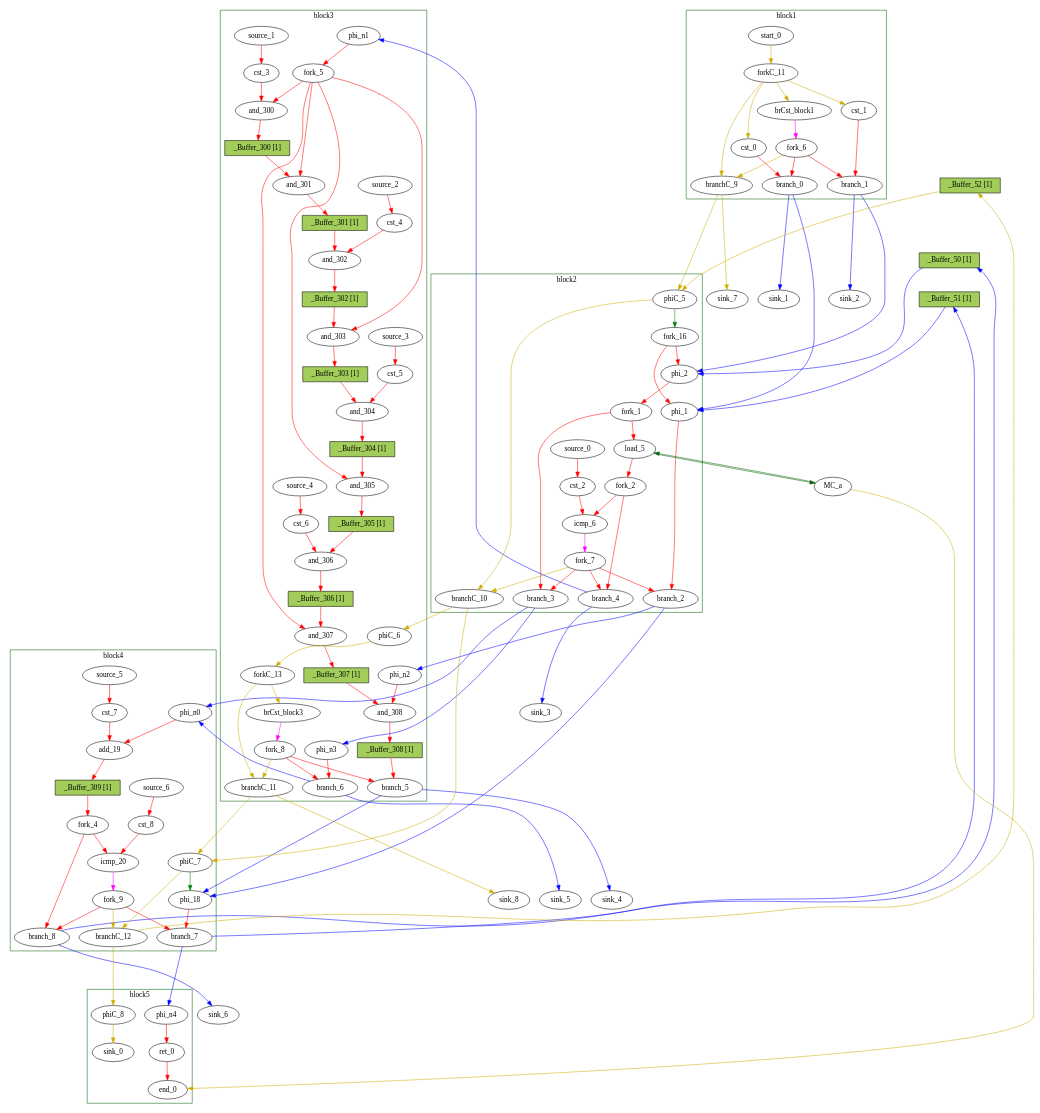
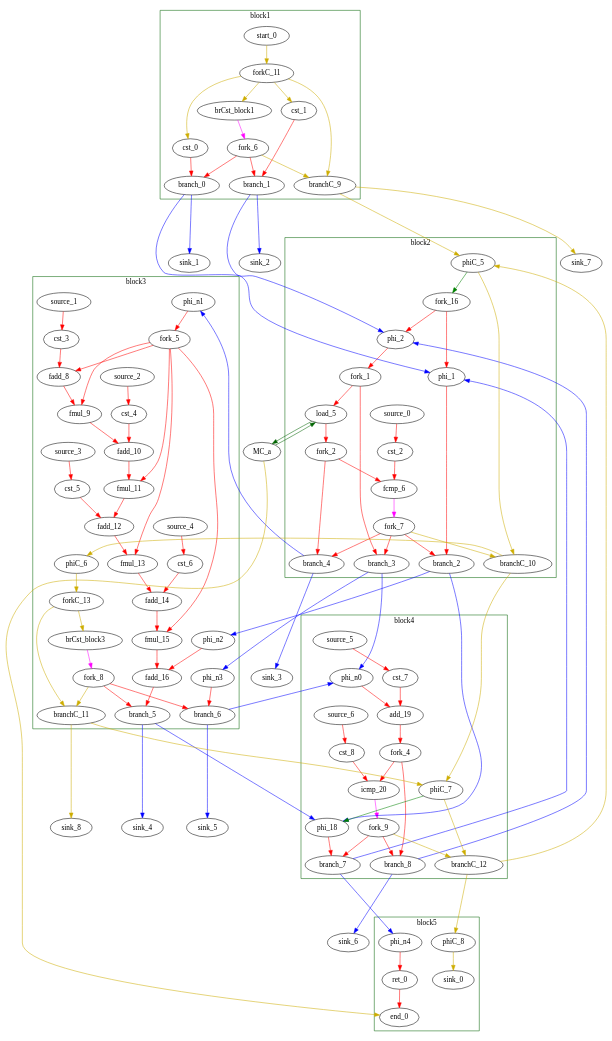
The diagram in Examples/gsum/gsum.dot (Nozidoali/MapBuf), drawn with Graphviz before and after one commit. The commit also changed other lines of this file, not shown here.

Commit message:
start from the original DOT files from dynamatic

```diff
--- a/Examples/gsum/gsum.dot
+++ b/Examples/gsum/gsum.dot
@@ -1,37 +1,27 @@
 Digraph G {
 	splines=spline;
 //DHLS version: 0.1.1" [shape = "none" pos = "20,20!"]
-"_Buffer_309" [type=Buffer, in="in1:32", out="out1:32", bbID = 3, slots=1, transparent=false, label="_Buffer_309 [1]",  shape=box, style=filled, fillcolor=darkolivegreen3, height = 0.4];
 		"brCst_block1" [type = "Constant", bbID= 1, in = "in1:1", out = "out1:1", value = "0x1"];
 		"cst_0" [type = "Constant", bbID= 1, in = "in1:32", out = "out1:32", value = "0x00000000"];
 		"phi_1" [type = "Mux", bbID= 2, in = "in1?:1 in2:32 in3:32 ", out = "out1:32", delay=1.397];
 		"cst_1" [type = "Constant", bbID= 1, in = "in1:1", out = "out1:1", value = "0x00000000"];
 		"phi_2" [type = "Mux", bbID= 2, in = "in1?:1 in2:10 in3:10 ", out = "out1:10", delay=1.397];
-		"load_5" [type = "Operator", bbID= 2, op = "mc_load_op", bbID= 2, portId= 0, in = "in1:32 in2:10 ", out = "out1:32 out2:10 ", delay=1.412, latency=0, II=1];
+		"load_5" [type = "Operator", bbID= 2, op = "mc_load_op", bbID= 2, portId= 0, in = "in1:32 in2:10 ", out = "out1:32 out2:10 ", delay=1.412, latency=2, II=1];
 		"cst_2" [type = "Constant", bbID= 2, in = "in1:32", out = "out1:32", value = "0x00000000"];
-		"icmp_6" [type = "Operator", bbID= 2, op = "icmp_ult_op", in = "in1:32 in2:32 ", out = "out1:1 ", delay=1.895, latency=0, II=1];
+		"fcmp_6" [type = "Operator", bbID= 2, op = "fcmp_ult_op", in = "in1:32 in2:32 ", out = "out1:1 ", delay=1.895, latency=2, II=1];
 		"cst_3" [type = "Constant", bbID= 3, in = "in1:32", out = "out1:32", value = "0x3F23D70A"];
-"and_300" [type=Operator, in="in1:32 in2:32", out="out1:32", op = "and_op", bbID = 3, retimingDiff=0.6,  shape=oval];
-"_Buffer_300" [type=Buffer, in="in1:32", out="out1:32", bbID = 3, slots=1, transparent=false, label="_Buffer_300 [1]",  shape=box, style=filled, fillcolor=darkolivegreen3, height = 0.4];
-"and_301" [type=Operator, in="in1:32 in2:32", out="out1:32", op = "and_op", bbID = 3, retimingDiff=0.6,  shape=oval];
-"_Buffer_301" [type=Buffer, in="in1:32", out="out1:32", bbID = 3, slots=1, transparent=false, label="_Buffer_301 [1]",  shape=box, style=filled, fillcolor=darkolivegreen3, height = 0.4];
+		"fadd_8" [type = "Operator", bbID= 3, op = "fadd_op", in = "in1:32 in2:32 ", out = "out1:32 ", delay=0.000, latency=10, II=1];
+		"fmul_9" [type = "Operator", bbID= 3, op = "fmul_op", in = "in1:32 in2:32 ", out = "out1:32 ", delay=0.000, latency=6, II=1];
 		"cst_4" [type = "Constant", bbID= 3, in = "in1:32", out = "out1:32", value = "0x3F333333"];
-"and_302" [type=Operator, in="in1:32 in2:32", out="out1:32", op = "and_op", bbID = 3, retimingDiff=0.6,  shape=oval];
-"_Buffer_302" [type=Buffer, in="in1:32", out="out1:32", bbID = 3, slots=1, transparent=false, label="_Buffer_302 [1]",  shape=box, style=filled, fillcolor=darkolivegreen3, height = 0.4];
-"and_303" [type=Operator, in="in1:32 in2:32", out="out1:32", op = "and_op", bbID = 3, retimingDiff=0.6,  shape=oval];
-"_Buffer_303" [type=Buffer, in="in1:32", out="out1:32", bbID = 3, slots=1, transparent=false, label="_Buffer_303 [1]",  shape=box, style=filled, fillcolor=darkolivegreen3, height = 0.4];
+		"fadd_10" [type = "Operator", bbID= 3, op = "fadd_op", in = "in1:32 in2:32 ", out = "out1:32 ", delay=0.000, latency=10, II=1];
+		"fmul_11" [type = "Operator", bbID= 3, op = "fmul_op", in = "in1:32 in2:32 ", out = "out1:32 ", delay=0.000, latency=6, II=1];
 		"cst_5" [type = "Constant", bbID= 3, in = "in1:32", out = "out1:32", value = "0x3E570A3D"];
-"and_304" [type=Operator, in="in1:32 in2:32", out="out1:32", op = "and_op", bbID = 3, retimingDiff=0.6,  shape=oval];
-"_Buffer_304" [type=Buffer, in="in1:32", out="out1:32", bbID = 3, slots=1, transparent=false, label="_Buffer_304 [1]",  shape=box, style=filled, fillcolor=darkolivegreen3, height = 0.4];
-"and_305" [type=Operator, in="in1:32 in2:32", out="out1:32", op = "and_op", bbID = 3, retimingDiff=0.6,  shape=oval];
-"_Buffer_305" [type=Buffer, in="in1:32", out="out1:32", bbID = 3, slots=1, transparent=false, label="_Buffer_305 [1]",  shape=box, style=filled, fillcolor=darkolivegreen3, height = 0.4];
+		"fadd_12" [type = "Operator", bbID= 3, op = "fadd_op", in = "in1:32 in2:32 ", out = "out1:32 ", delay=0.000, latency=10, II=1];
+		"fmul_13" [type = "Operator", bbID= 3, op = "fmul_op", in = "in1:32 in2:32 ", out = "out1:32 ", delay=0.000, latency=6, II=1];
 		"cst_6" [type = "Constant", bbID= 3, in = "in1:32", out = "out1:32", value = "0x3EA8F5C3"];
-"and_306" [type=Operator, in="in1:32 in2:32", out="out1:32", op = "and_op", bbID = 3, retimingDiff=0.6,  shape=oval];
-"_Buffer_306" [type=Buffer, in="in1:32", out="out1:32", bbID = 3, slots=1, transparent=false, label="_Buffer_306 [1]",  shape=box, style=filled, fillcolor=darkolivegreen3, height = 0.4];
-"and_307" [type=Operator, in="in1:32 in2:32", out="out1:32", op = "and_op", bbID = 3, retimingDiff=0.6,  shape=oval];
-"_Buffer_307" [type=Buffer, in="in1:32", out="out1:32", bbID = 3, slots=1, transparent=false, label="_Buffer_307 [1]",  shape=box, style=filled, fillcolor=darkolivegreen3, height = 0.4];
-"and_308" [type=Operator, in="in1:32 in2:32", out="out1:32", op = "and_op", bbID = 3, retimingDiff=0.6,  shape=oval];
-"_Buffer_308" [type=Buffer, in="in1:32", out="out1:32", bbID = 3, slots=1, transparent=false, label="_Buffer_308 [1]",  shape=box, style=filled, fillcolor=darkolivegreen3, height = 0.4];
+		"fadd_14" [type = "Operator", bbID= 3, op = "fadd_op", in = "in1:32 in2:32 ", out = "out1:32 ", delay=0.000, latency=10, II=1];
+		"fmul_15" [type = "Operator", bbID= 3, op = "fmul_op", in = "in1:32 in2:32 ", out = "out1:32 ", delay=0.000, latency=6, II=1];
+		"fadd_16" [type = "Operator", bbID= 3, op = "fadd_op", in = "in1:32 in2:32 ", out = "out1:32 ", delay=0.000, latency=10, II=1];
 		"brCst_block3" [type = "Constant", bbID= 3, in = "in1:1", out = "out1:1", value = "0x1"];
 		"phi_18" [type = "Mux", bbID= 4, in = "in1?:1 in2:32 in3:32 ", out = "out1:32", delay=1.397];
 		"cst_7" [type = "Constant", bbID= 4, in = "in1:1", out = "out1:1", value = "0x00000001"];
@@ -66,14 +56,14 @@
 		"start_0" [type = "Entry", control= "true", bbID= 1, in = "in1:0", out = "out1:0"];
 		"forkC_11" [type = "Fork", bbID= 1, in = "in1:0", out = "out1:0 out2:0 out3:0 out4:0 "];
 		"branchC_9" [type = "Branch", bbID= 1,  in = "in1:0 in2?:1", out = "out1+:0 out2-:0"];
-		"phiC_5" [type = "CntrlMerge", bbID= 2, in = "in1:0 in2:0 ", out = "out1:0 out2?:1", delay=1.412];
+		"phiC_5" [type = "CntrlMerge", bbID= 2, in = "in1:0 in2:0 ", out = "out1:0 out2?:1", delay=0.000];
 		"branchC_10" [type = "Branch", bbID= 2,  in = "in1:0 in2?:1", out = "out1+:0 out2-:0"];
-		"phiC_6" [type = "Merge", bbID= 3, in = "in1:0 ", out = "out1:0", delay=1.412];
+		"phiC_6" [type = "Merge", bbID= 3, in = "in1:0 ", out = "out1:0", delay=0.000];
 		"forkC_13" [type = "Fork", bbID= 3, in = "in1:0", out = "out1:0 out2:0 "];
 		"branchC_11" [type = "Branch", bbID= 3,  in = "in1:0 in2?:1", out = "out1+:0 out2-:0"];
-		"phiC_7" [type = "CntrlMerge", bbID= 4, in = "in1:0 in2:0 ", out = "out1:0 out2?:1", delay=1.412];
+		"phiC_7" [type = "CntrlMerge", bbID= 4, in = "in1:0 in2:0 ", out = "out1:0 out2?:1", delay=0.000];
 		"branchC_12" [type = "Branch", bbID= 4,  in = "in1:0 in2?:1", out = "out1+:0 out2-:0"];
-		"phiC_8" [type = "Merge", bbID= 5, in = "in1:0 ", out = "out1:0", delay=1.412];
+		"phiC_8" [type = "Merge", bbID= 5, in = "in1:0 ", out = "out1:0", delay=0.000];
 		"sink_0" [type = "Sink", bbID= 0, in = "in1:0"];
 		"sink_1" [type = "Sink", bbID= 0, in = "in1:32"];
 		"sink_2" [type = "Sink", bbID= 0, in = "in1:1"];
@@ -91,9 +81,9 @@
 		"source_5" [type = "Source", bbID= 4, out = "out1:1"];
 		"source_6" [type = "Source", bbID= 4, out = "out1:10"];
 		"fork_16" [type = "Fork", bbID= 2, in = "in1:1", out = "out1:1 out2:1 "];
-	"_Buffer_50" [type=Buffer, in="in1:10", out="out1:10", bbID = 3, slots=1, transparent=false, label="_Buffer_50 [1]",  shape=box, style=filled, fillcolor=darkolivegreen3, height = 0.4];
-	"_Buffer_51" [type=Buffer, in="in1:32", out="out1:32", bbID = 3, slots=1, transparent=false, label="_Buffer_51 [1]",  shape=box, style=filled, fillcolor=darkolivegreen3, height = 0.4];
-	"_Buffer_52" [type=Buffer, in="in1:1", out="out1:1", bbID = 3, slots=1, transparent=false, label="_Buffer_52 [1]",  shape=box, style=filled, fillcolor=darkolivegreen3, height = 0.4];
+		"load_5" -> "MC_a" [color = "darkgreen", mem_address = "true", from = "out2", to = "in1"];
+		"MC_a" -> "load_5" [color = "darkgreen", mem_address = "false", from = "out1", to = "in1"];
+		"MC_a" -> "end_0" [color = "gold3", from = "out2", to = "in1"];
 	subgraph cluster_0 {
 	color = "darkgreen";
 		label = "block1";
@@ -121,11 +111,11 @@
 		"phi_1" -> "branch_2" [color = "red", from = "out1", to = "in1"];
 		"phi_2" -> "fork_1" [color = "red", from = "out1", to = "in1"];
 		"load_5" -> "fork_2" [color = "red", from = "out1", to = "in1"];
-		"cst_2" -> "icmp_6" [color = "red", from = "out1", to = "in2"];
-		"icmp_6" -> "fork_7" [color = "magenta", from = "out1", to = "in1"];
+		"cst_2" -> "fcmp_6" [color = "red", from = "out1", to = "in2"];
+		"fcmp_6" -> "fork_7" [color = "magenta", from = "out1", to = "in1"];
 		"fork_1" -> "load_5" [color = "red", from = "out1", to = "in2"];
 		"fork_1" -> "branch_3" [color = "red", from = "out2", to = "in1"];
-		"fork_2" -> "icmp_6" [color = "red", from = "out1", to = "in1"];
+		"fork_2" -> "fcmp_6" [color = "red", from = "out1", to = "in1"];
 		"fork_2" -> "branch_4" [color = "red", from = "out2", to = "in1"];
 		"fork_7" -> "branch_4" [color = "red", from = "out1", to = "in2"];
 		"fork_7" -> "branch_3" [color = "red", from = "out2", to = "in2"];
@@ -148,37 +138,28 @@
 	subgraph cluster_2 {
 	color = "darkgreen";
 		label = "block3";
-		"cst_3" -> "and_300" [color = "red", from = "out1", to = "in2"];
-		"and_300" -> "_Buffer_300" [color = "red", from = "out1", to = "in1"];
-		"_Buffer_300" -> "and_301" [color = "red", from = "out1", to = "in1"];
-		"and_301" -> "_Buffer_301" [color = "red", from = "out1", to = "in1"];
-		"_Buffer_301" -> "and_302" [color = "red", from = "out1", to = "in1"];
-		"cst_4" -> "and_302" [color = "red", from = "out1", to = "in2"];
-		"and_302" -> "_Buffer_302" [color = "red", from = "out1", to = "in1"];
-		"_Buffer_302" -> "and_303" [color = "red", from = "out1", to = "in1"];
-		"and_303" -> "_Buffer_303" [color = "red", from = "out1", to = "in1"];
-		"_Buffer_303" -> "and_304" [color = "red", from = "out1", to = "in1"];
-		"cst_5" -> "and_304" [color = "red", from = "out1", to = "in2"];
-		"and_304" -> "_Buffer_304" [color = "red", from = "out1", to = "in1"];
-		"_Buffer_304" -> "and_305" [color = "red", from = "out1", to = "in1"];
-		"and_305" -> "_Buffer_305" [color = "red", from = "out1", to = "in1"];
-		"_Buffer_305" -> "and_306" [color = "red", from = "out1", to = "in1"];
-		"cst_6" -> "and_306" [color = "red", from = "out1", to = "in2"];
-		"and_306" -> "_Buffer_306" [color = "red", from = "out1", to = "in1"];
-		"_Buffer_306" -> "and_307" [color = "red", from = "out1", to = "in1"];
-		"and_307" -> "_Buffer_307" [color = "red", from = "out1", to = "in1"];
-		"_Buffer_307" -> "and_308" [color = "red", from = "out1", to = "in2"];
-		"and_308" -> "_Buffer_308" [color = "red", from = "out1", to = "in1"];
-		"_Buffer_308" -> "branch_5" [color = "red", from = "out1", to = "in1"];
+		"cst_3" -> "fadd_8" [color = "red", from = "out1", to = "in2"];
+		"fadd_8" -> "fmul_9" [color = "red", from = "out1", to = "in1"];
+		"fmul_9" -> "fadd_10" [color = "red", from = "out1", to = "in1"];
+		"cst_4" -> "fadd_10" [color = "red", from = "out1", to = "in2"];
+		"fadd_10" -> "fmul_11" [color = "red", from = "out1", to = "in1"];
+		"fmul_11" -> "fadd_12" [color = "red", from = "out1", to = "in1"];
+		"cst_5" -> "fadd_12" [color = "red", from = "out1", to = "in2"];
+		"fadd_12" -> "fmul_13" [color = "red", from = "out1", to = "in1"];
+		"fmul_13" -> "fadd_14" [color = "red", from = "out1", to = "in1"];
+		"cst_6" -> "fadd_14" [color = "red", from = "out1", to = "in2"];
+		"fadd_14" -> "fmul_15" [color = "red", from = "out1", to = "in1"];
+		"fmul_15" -> "fadd_16" [color = "red", from = "out1", to = "in2"];
+		"fadd_16" -> "branch_5" [color = "red", from = "out1", to = "in1"];
 		"brCst_block3" -> "fork_8" [color = "magenta", from = "out1", to = "in1"];
 		"phi_n1" -> "fork_5" [color = "red", from = "out1", to = "in1"];
-		"phi_n2" -> "and_308" [color = "red", from = "out1", to = "in1"];
+		"phi_n2" -> "fadd_16" [color = "red", from = "out1", to = "in1"];
 		"phi_n3" -> "branch_6" [color = "red", from = "out1", to = "in1"];
-		"fork_5" -> "and_300" [color = "red", from = "out1", to = "in1"];
-		"fork_5" -> "and_301" [color = "red", from = "out2", to = "in2"];
-		"fork_5" -> "and_303" [color = "red", from = "out3", to = "in2"];
-		"fork_5" -> "and_305" [color = "red", from = "out4", to = "in2"];
-		"fork_5" -> "and_307" [color = "red", from = "out5", to = "in2"];
+		"fork_5" -> "fadd_8" [color = "red", from = "out1", to = "in1"];
+		"fork_5" -> "fmul_9" [color = "red", from = "out2", to = "in2"];
+		"fork_5" -> "fmul_11" [color = "red", from = "out3", to = "in2"];
+		"fork_5" -> "fmul_13" [color = "red", from = "out4", to = "in2"];
+		"fork_5" -> "fmul_15" [color = "red", from = "out5", to = "in2"];
 		"fork_8" -> "branch_6" [color = "red", from = "out1", to = "in2"];
 		"fork_8" -> "branch_5" [color = "red", from = "out2", to = "in2"];
 		"fork_8" -> "branchC_11" [color = "gold3", from = "out3", to = "in2"];
@@ -201,8 +182,7 @@
 		label = "block4";
 		"phi_18" -> "branch_7" [color = "red", from = "out1", to = "in1"];
 		"cst_7" -> "add_19" [color = "red", from = "out1", to = "in2"];
-		"add_19" -> "_Buffer_309" [color = "red", from = "out1", to = "in1"];
-		"_Buffer_309" -> "fork_4" [color = "red", from = "out1", to = "in1"];
+		"add_19" -> "fork_4" [color = "red", from = "out1", to = "in1"];
 		"cst_8" -> "icmp_20" [color = "red", from = "out1", to = "in2"];
 		"icmp_20" -> "fork_9" [color = "magenta", from = "out1", to = "in1"];
 		"phi_n0" -> "add_19" [color = "red", from = "out1", to = "in1"];
@@ -216,14 +196,11 @@
 		"source_5" -> "cst_7" [color = "red", from = "out1", to = "in1"];
 		"source_6" -> "cst_8" [color = "red", from = "out1", to = "in1"];
 	}
-		"branch_7" -> "_Buffer_51" [color = "blue", minlen = 3, from = "out1", to = "in1"];
-		"_Buffer_51" -> "phi_1" [color = "blue", minlen = 3, from = "out1", to = "in3"];
+		"branch_7" -> "phi_1" [color = "blue", minlen = 3, from = "out1", to = "in3"];
 		"branch_7" -> "phi_n4" [color = "blue", minlen = 3, from = "out2", to = "in1"];
-		"branch_8" -> "_Buffer_50" [color = "blue", minlen = 3, from = "out1", to = "in1"];
-		"_Buffer_50" -> "phi_2" [color = "blue", minlen = 3, from = "out1", to = "in3"];
+		"branch_8" -> "phi_2" [color = "blue", minlen = 3, from = "out1", to = "in3"];
 		"branch_8" -> "sink_6" [color = "blue", minlen = 3, from = "out2", to = "in1"];
-		"branchC_12" -> "_Buffer_52" [color = "gold3", minlen = 3, from = "out1", to = "in1"];
-		"_Buffer_52" -> "phiC_5" [color = "gold3", minlen = 3, from = "out1", to = "in2"];
+		"branchC_12" -> "phiC_5" [color = "gold3", minlen = 3, from = "out1", to = "in2"];
 		"branchC_12" -> "phiC_8" [color = "gold3", minlen = 3, from = "out2", to = "in1"];
 	subgraph cluster_4 {
 	color = "darkgreen";
@@ -232,7 +209,4 @@
 		"phi_n4" -> "ret_0" [color = "red", from = "out1", to = "in1"];
 		"phiC_8" -> "sink_0" [color = "gold3", from = "out1", to = "in1"];
 	}
-		"load_5" -> "MC_a" [color = "darkgreen", mem_address = "true", from = "out2", to = "in1"];
-		"MC_a" -> "load_5" [color = "darkgreen", mem_address = "false", from = "out1", to = "in1"];
-		"MC_a" -> "end_0" [color = "gold3", from = "out2", to = "in1"];
 }
```
